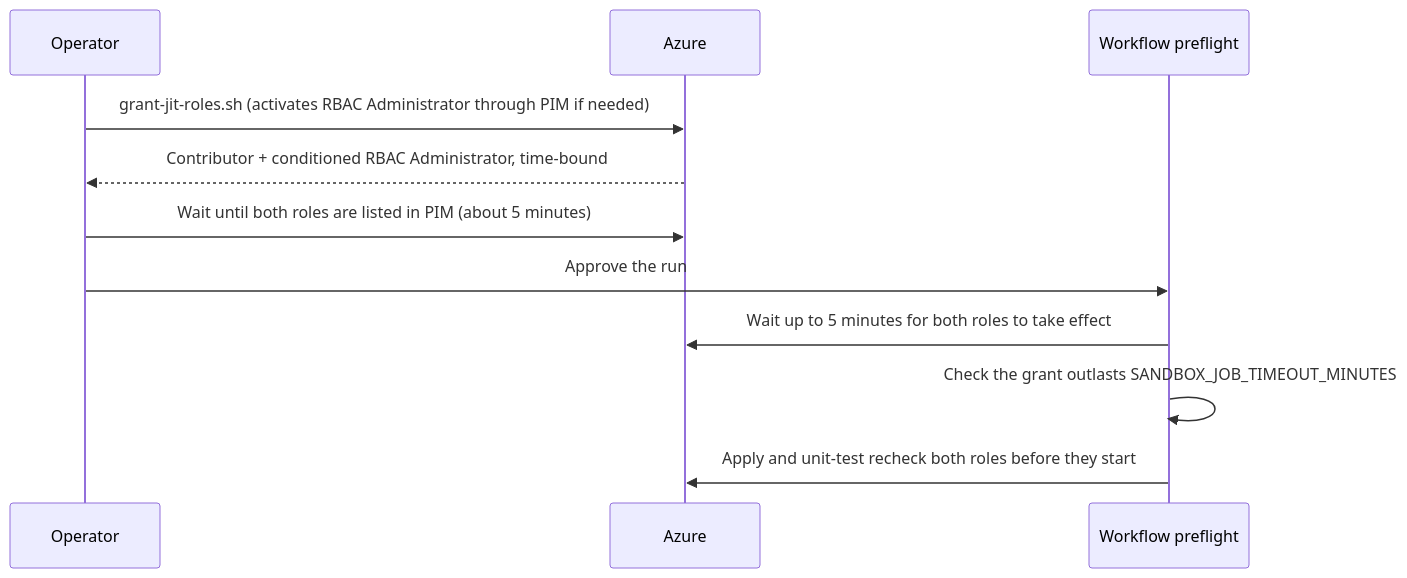
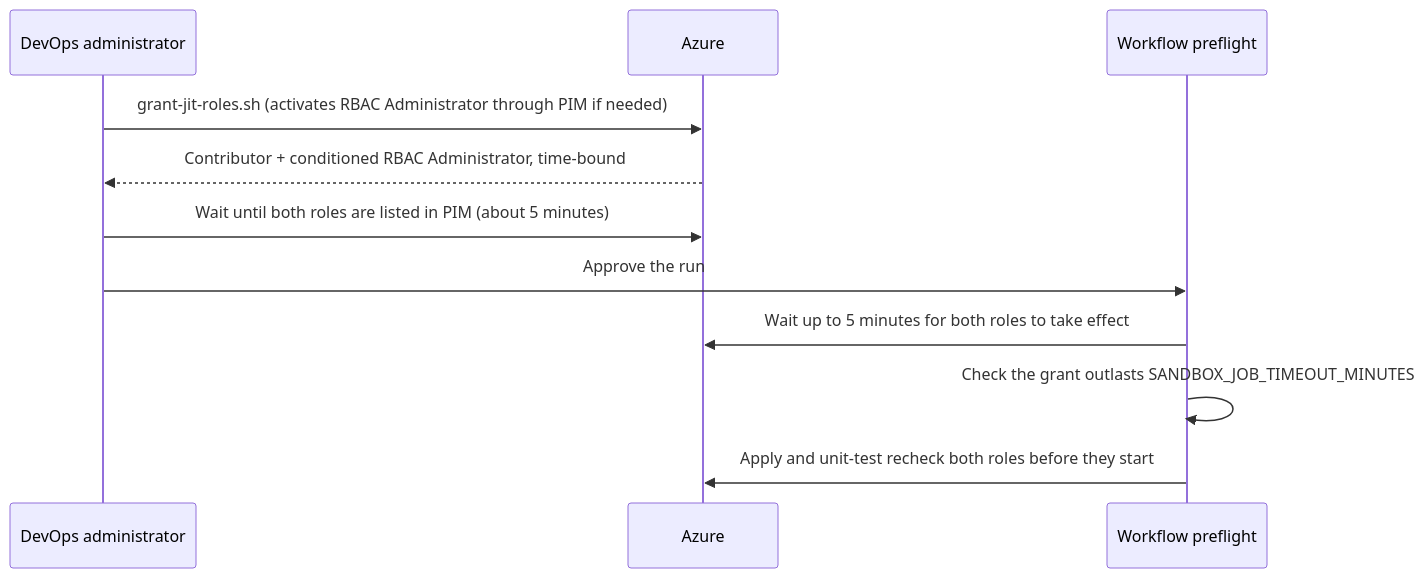
One commit to Azure-Samples/azuresandbox changed the second of 3 diagrams in extras/configurations/rg-devops-iac/modules/github-runner/README.md. Above: the diagram before and after it, drawn with Mermaid. The commit also changed other lines of this file and 6 other files, not shown here.

````diff
--- a/extras/configurations/rg-devops-iac/modules/github-runner/README.md
+++ b/extras/configurations/rg-devops-iac/modules/github-runner/README.md
@@ -429,13 +435,13 @@
 ```mermaid
 sequenceDiagram
-    participant Op as Operator
+    participant Op as DevOps administrator
     participant Az as Azure
     participant Wf as Workflow preflight
     Op->>Az: grant-jit-roles.sh (activates RBAC Administrator through PIM if needed)
     Az-->>Op: Contributor + conditioned RBAC Administrator, time-bound
     Op->>Az: Wait until both roles are listed in PIM (about 5 minutes)
     Op->>Wf: Approve the run
     Wf->>Az: Wait up to 5 minutes for both roles to take effect
     Wf->>Wf: Check the grant outlasts SANDBOX_JOB_TIMEOUT_MINUTES
     Wf->>Az: Apply and unit-test recheck both roles before they start
 ```
````
